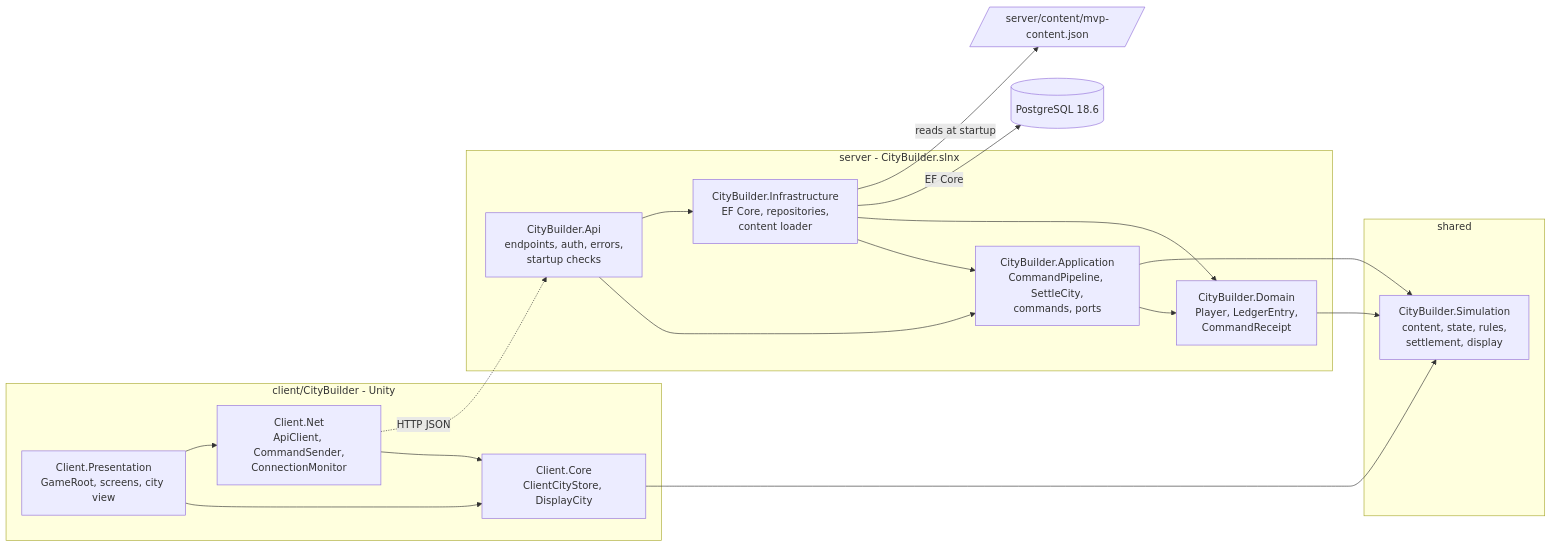
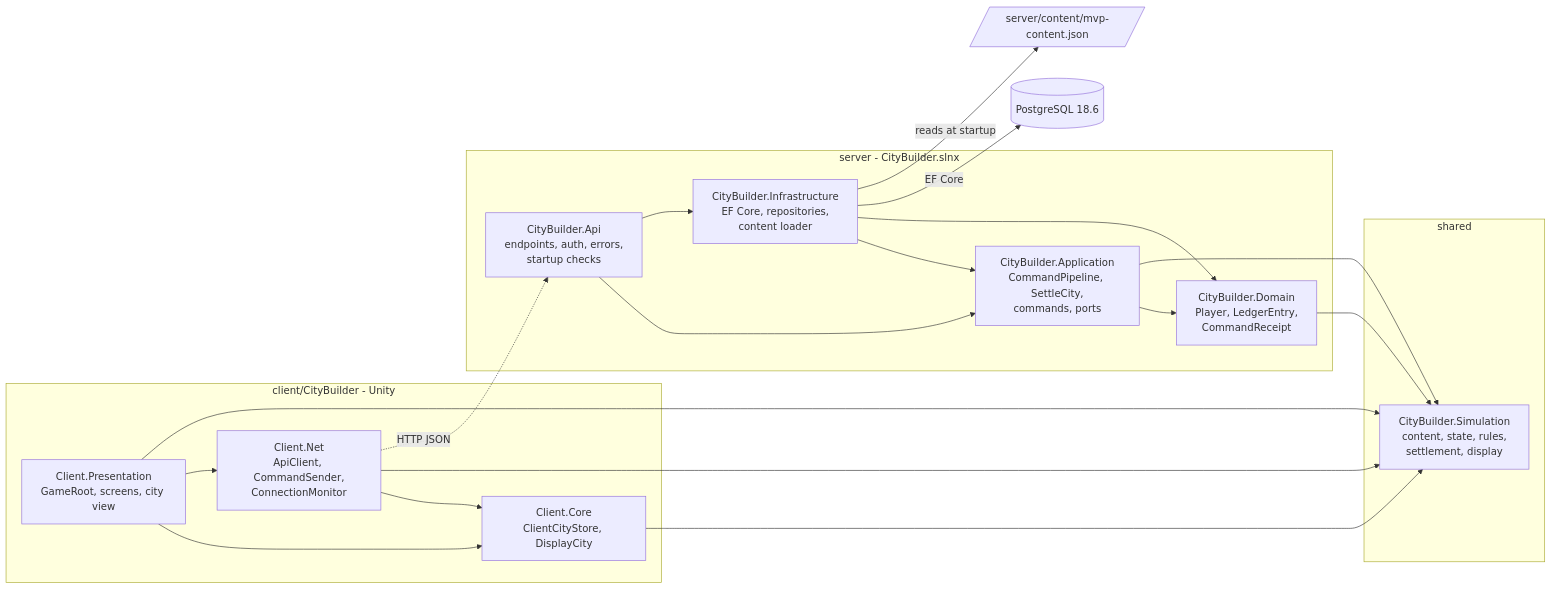
One commit to Samurai-netizen/citybuild changed the first of 2 diagrams in docs/architecture/overview.md. Above: the diagram before and after it, drawn with Mermaid. The commit also changed other lines of this file and 13 other files, not shown here.

````diff
--- a/docs/architecture/overview.md
+++ b/docs/architecture/overview.md
@@ -23,33 +24,35 @@
 ```mermaid
 flowchart LR
   subgraph clientside["client/CityBuilder - Unity"]
     PRES["Client.Presentation<br/>GameRoot, screens, city view"]
     NET["Client.Net<br/>ApiClient, CommandSender,<br/>ConnectionMonitor"]
     CORE["Client.Core<br/>ClientCityStore, DisplayCity"]
   end
   subgraph sharedside["shared"]
     SIM["CityBuilder.Simulation<br/>content, state, rules,<br/>settlement, display"]
   end
   subgraph serverside["server - CityBuilder.slnx"]
     API["CityBuilder.Api<br/>endpoints, auth, errors,<br/>startup checks"]
     APP["CityBuilder.Application<br/>CommandPipeline, SettleCity,<br/>commands, ports"]
     INF["CityBuilder.Infrastructure<br/>EF Core, repositories,<br/>content loader"]
     DOM["CityBuilder.Domain<br/>Player, LedgerEntry,<br/>CommandReceipt"]
   end
   DB[("PostgreSQL 18.6")]
   FILE[/"server/content/mvp-content.json"/]
   PRES --> CORE
   PRES --> NET
   NET --> CORE
+  NET --> SIM
+  PRES --> SIM
   CORE --> SIM
   API --> APP
   API --> INF
   INF --> APP
   INF --> DOM
   APP --> DOM
   APP --> SIM
   DOM --> SIM
   NET -.->|"HTTP JSON"| API
   INF -->|"EF Core"| DB
   INF -->|"reads at startup"| FILE
 ```
````
